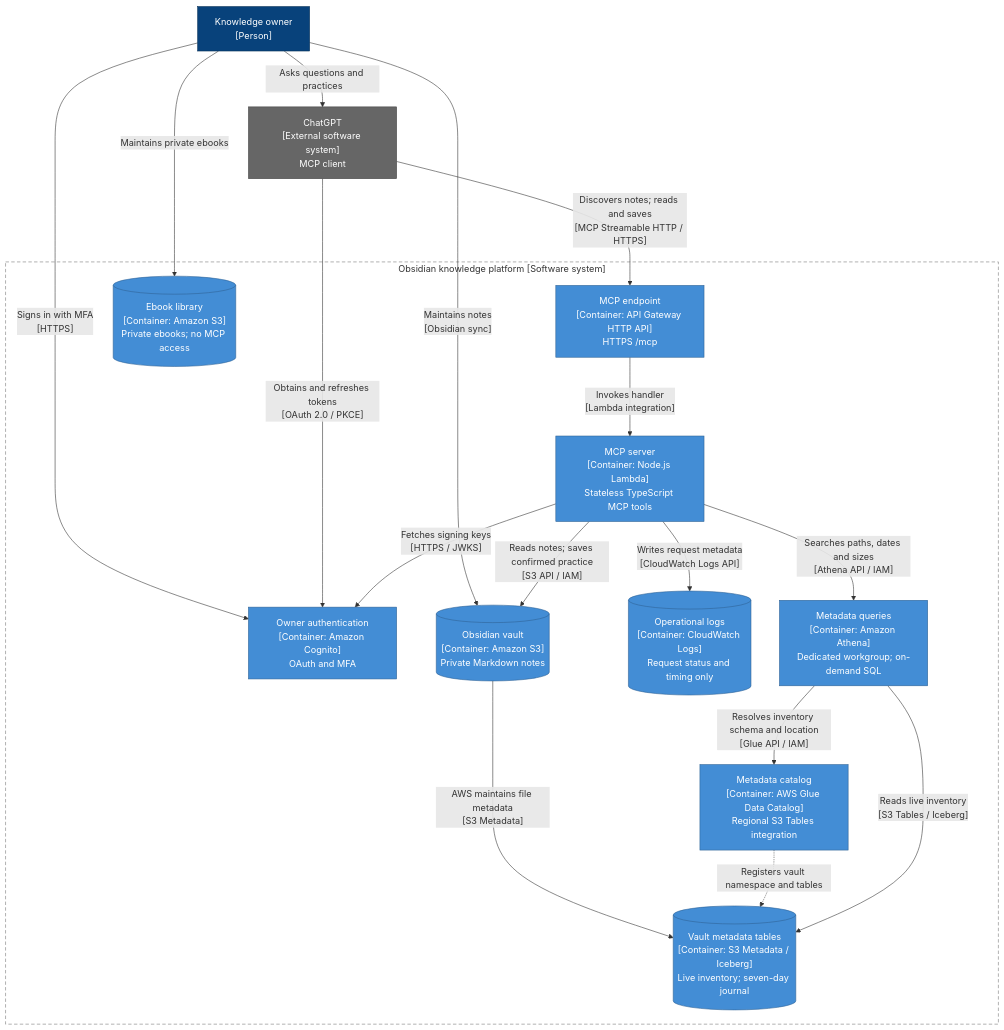
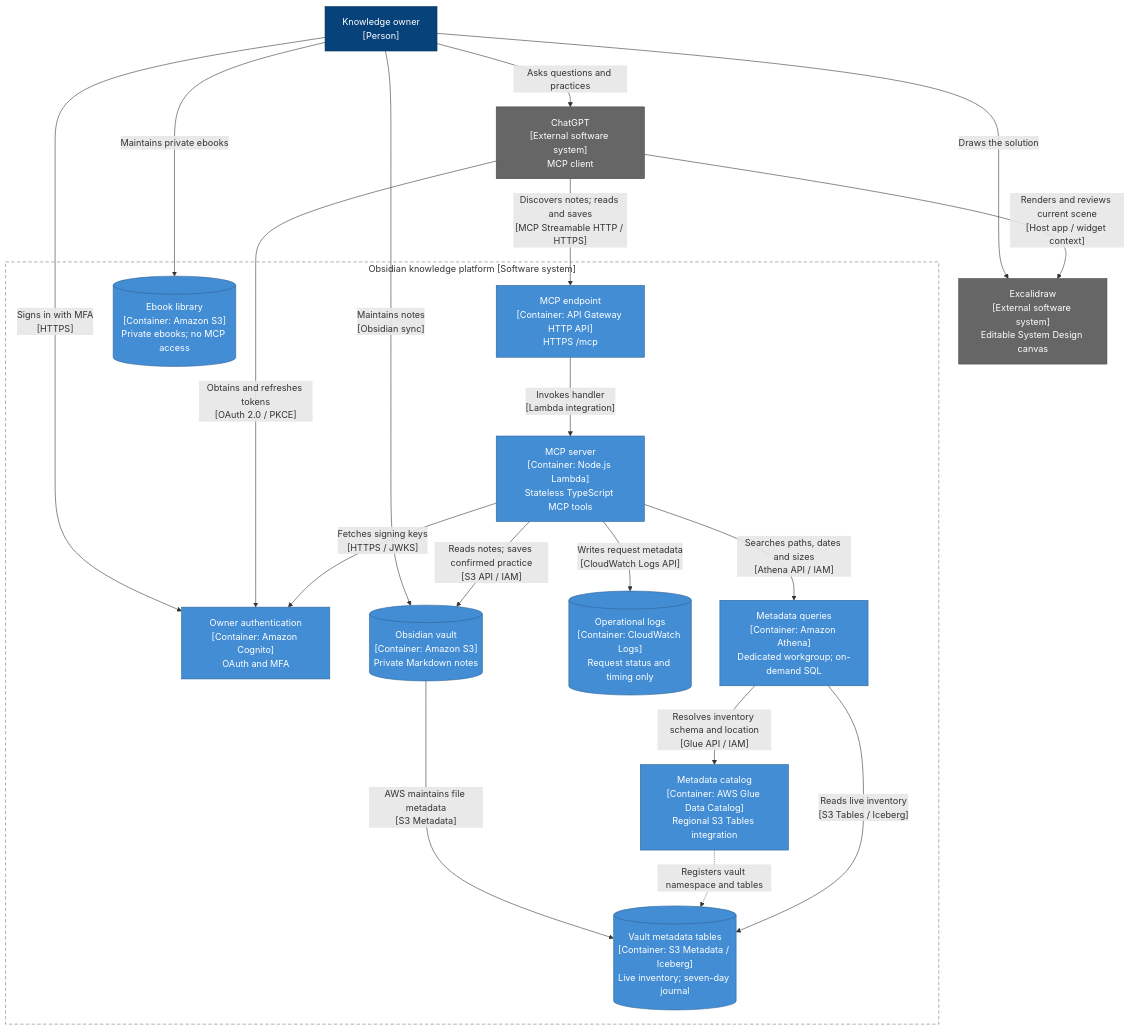
The second of 2 diagrams in README.md (yepengfan/obsidian-workflow-infra), drawn with Mermaid before and after one commit. The commit also changed other lines of this file and 12 other files, not shown here.

Commit message:
fix: make Excalidraw the System Design workspace

````diff
--- a/README.md
+++ b/README.md
@@ -42,41 +46,44 @@
 ```mermaid
 flowchart TB
     Owner["Knowledge owner<br/>[Person]"]
     ChatGPT["ChatGPT<br/>[External software system]<br/>MCP client"]
+    Excalidraw["Excalidraw<br/>[External software system]<br/>Editable System Design canvas"]
 
     subgraph Platform["Obsidian knowledge platform [Software system]"]
         Auth["Owner authentication<br/>[Container: Amazon Cognito]<br/>OAuth and MFA"]
         API["MCP endpoint<br/>[Container: API Gateway HTTP API]<br/>HTTPS /mcp"]
         Server["MCP server<br/>[Container: Node.js Lambda]<br/>Stateless TypeScript MCP tools"]
         Vault[("Obsidian vault<br/>[Container: Amazon S3]<br/>Private Markdown notes")]
         Library[("Ebook library<br/>[Container: Amazon S3]<br/>Private ebooks; no MCP access")]
         Logs[("Operational logs<br/>[Container: CloudWatch Logs]<br/>Request status and timing only")]
         Athena["Metadata queries<br/>[Container: Amazon Athena]<br/>Dedicated workgroup; on-demand SQL"]
         Catalog["Metadata catalog<br/>[Container: AWS Glue Data Catalog]<br/>Regional S3 Tables integration"]
         Inventory[("Vault metadata tables<br/>[Container: S3 Metadata / Iceberg]<br/>Live inventory; seven-day journal")]
     end
 
     Owner -->|"Asks questions and practices"| ChatGPT
+    Owner -->|"Draws the solution"| Excalidraw
+    ChatGPT -->|"Renders and reviews current scene<br/>[Host app / widget context]"| Excalidraw
     Owner -->|"Signs in with MFA<br/>[HTTPS]"| Auth
     Owner -->|"Maintains notes<br/>[Obsidian sync]"| Vault
     Owner -->|"Maintains private ebooks"| Library
     ChatGPT -->|"Obtains and refreshes tokens<br/>[OAuth 2.0 / PKCE]"| Auth
     ChatGPT -->|"Discovers notes; reads and saves<br/>[MCP Streamable HTTP / HTTPS]"| API
     API -->|"Invokes handler<br/>[Lambda integration]"| Server
     Server -->|"Fetches signing keys<br/>[HTTPS / JWKS]"| Auth
     Server -->|"Reads notes; saves confirmed practice<br/>[S3 API / IAM]"| Vault
     Server -->|"Writes request metadata<br/>[CloudWatch Logs API]"| Logs
     Vault -->|"AWS maintains file metadata<br/>[S3 Metadata]"| Inventory
     Server -->|"Searches paths, dates and sizes<br/>[Athena API / IAM]"| Athena
     Athena -->|"Resolves inventory schema and location<br/>[Glue API / IAM]"| Catalog
     Catalog -.->|"Registers vault namespace and tables"| Inventory
     Athena -->|"Reads live inventory<br/>[S3 Tables / Iceberg]"| Inventory
 
     classDef person fill:#08427b,color:#fff,stroke:#052e56
     classDef external fill:#666,color:#fff,stroke:#444
     classDef container fill:#438dd5,color:#fff,stroke:#2e6295
     class Owner person
-    class ChatGPT external
+    class ChatGPT,Excalidraw external
     class Auth,API,Server,Vault,Library,Logs,Athena,Catalog,Inventory container
     style Platform fill:none,stroke:#777,stroke-dasharray:6 4
 ```
````
